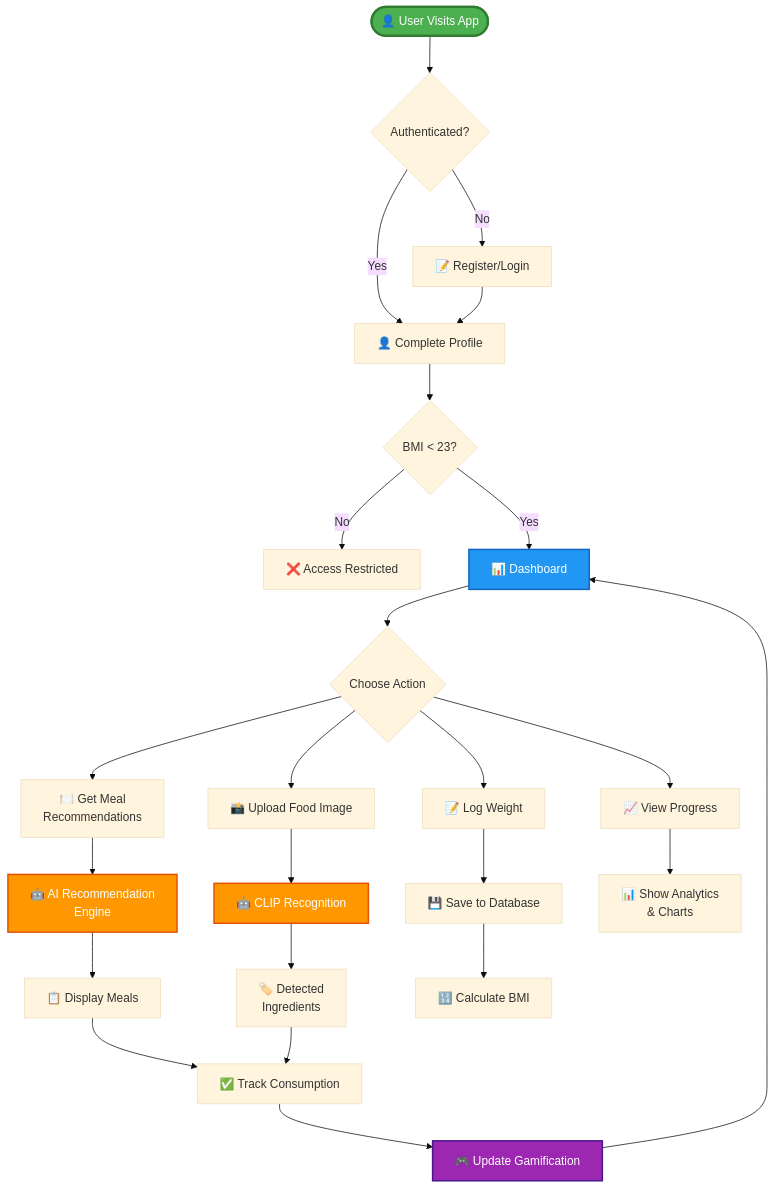
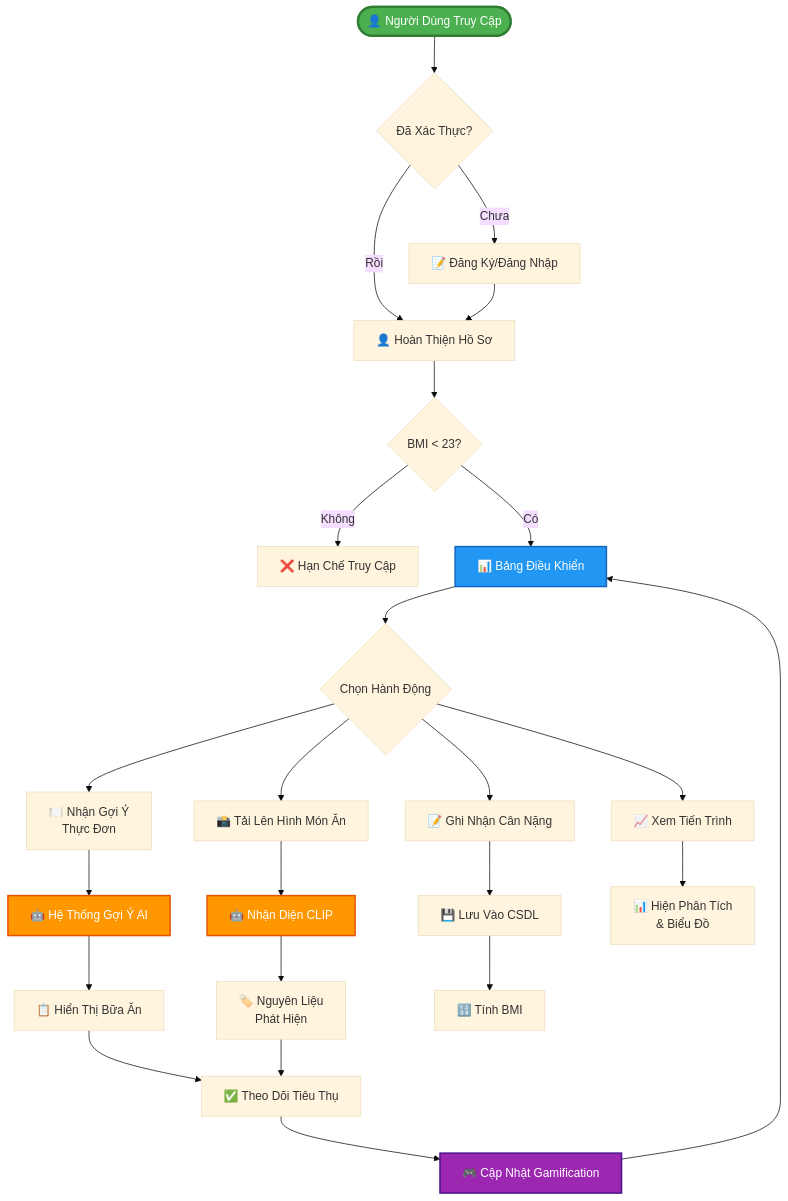
The second of 4 diagrams in README.md (tranyennhi02/tn-da22ttb-110122133-tranthiyennhi-nutrigain), drawn with Mermaid (base theme) before and after one commit. The commit also changed other lines of this file, not shown here.

````diff
--- a/README.md
+++ b/README.md
@@ -184,41 +184,41 @@
 ```mermaid
 flowchart TD
-    Start([👤 User Visits App]) --> Check{Authenticated?}
-    Check -->|No| Register[📝 Register/Login]
-    Check -->|Yes| Profile[👤 Complete Profile]
+    Start([👤 Người Dùng Truy Cập]) --> Check{Đã Xác Thực?}
+    Check -->|Chưa| Register[📝 Đăng Ký/Đăng Nhập]
+    Check -->|Rồi| Profile[👤 Hoàn Thiện Hồ Sơ]
     
     Register --> Profile
     Profile --> BMI{BMI < 23?}
     
-    BMI -->|No| Restrict[❌ Access Restricted]
-    BMI -->|Yes| Dashboard[📊 Dashboard]
+    BMI -->|Không| Restrict[❌ Hạn Chế Truy Cập]
+    BMI -->|Có| Dashboard[📊 Bảng Điều Khiển]
     
-    Dashboard --> Action{Choose Action}
+    Dashboard --> Action{Chọn Hành Động}
     
-    Action --> Recommend[🍽️ Get Meal<br/>Recommendations]
-    Action --> Upload[📸 Upload Food Image]
-    Action --> Log[📝 Log Weight]
-    Action --> View[📈 View Progress]
+    Action --> Recommend[🍽️ Nhận Gợi Ý<br/>Thực Đơn]
+    Action --> Upload[📸 Tải Lên Hình Món Ăn]
+    Action --> Log[📝 Ghi Nhận Cân Nặng]
+    Action --> View[📈 Xem Tiến Trình]
     
-    Recommend --> AI1[🤖 AI Recommendation<br/>Engine]
-    AI1 --> Display1[📋 Display Meals]
+    Recommend --> AI1[🤖 Hệ Thống Gợi Ý AI]
+    AI1 --> Display1[📋 Hiển Thị Bữa Ăn]
     
-    Upload --> AI2[🤖 CLIP Recognition]
-    AI2 --> Display2[🏷️ Detected<br/>Ingredients]
+    Upload --> AI2[🤖 Nhận Diện CLIP]
+    AI2 --> Display2[🏷️ Nguyên Liệu<br/>Phát Hiện]
     
-    Log --> Save[💾 Save to Database]
-    Save --> Calculate[🔢 Calculate BMI]
+    Log --> Save[💾 Lưu Vào CSDL]
+    Save --> Calculate[🔢 Tính BMI]
     
-    View --> Charts[📊 Show Analytics<br/>& Charts]
+    View --> Charts[📊 Hiện Phân Tích<br/>& Biểu Đồ]
     
-    Display1 --> Track[✅ Track Consumption]
+    Display1 --> Track[✅ Theo Dõi Tiêu Thụ]
     Display2 --> Track
-    Track --> Gamify[🎮 Update Gamification]
+    Track --> Gamify[🎮 Cập Nhật Gamification]
     Gamify --> Dashboard
     
     style Start fill:#4CAF50,stroke:#2E7D32,stroke-width:3px,color:#fff
     style Dashboard fill:#2196F3,stroke:#1565C0,stroke-width:2px,color:#fff
     style AI1 fill:#FF9800,stroke:#E65100,stroke-width:2px,color:#fff
     style AI2 fill:#FF9800,stroke:#E65100,stroke-width:2px,color:#fff
     style Gamify fill:#9C27B0,stroke:#4A148C,stroke-width:2px,color:#fff
 ```
````
